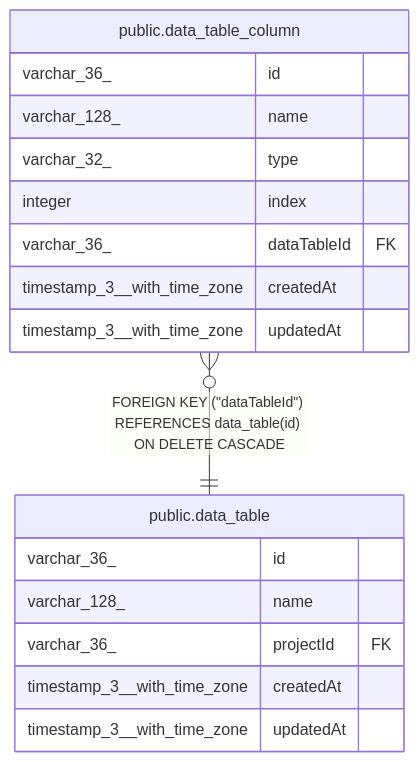
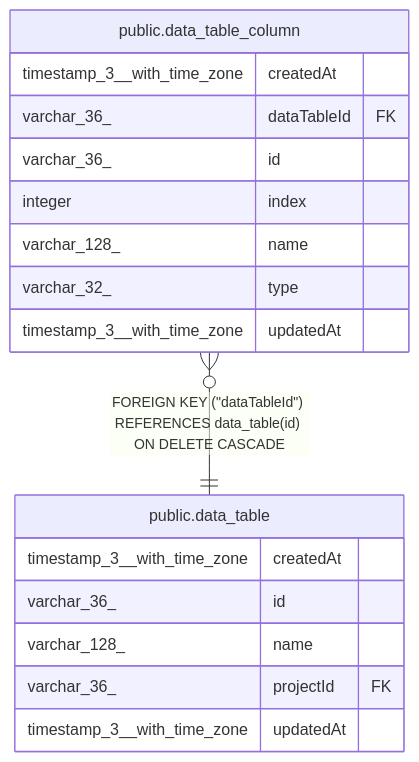
The diagram in docs/generated/postgres-schema/public.data_table_column.md (mayankjain1815-commits/n8n), drawn with Mermaid before and after one commit. The commit also changed other lines of this file and 221 other files, not shown here.

Commit message:
chore(core): Make DB schema docs generation deterministic (#32373)

````diff
--- a/docs/generated/postgres-schema/public.data_table_column.md
+++ b/docs/generated/postgres-schema/public.data_table_column.md
@@ -39,22 +39,22 @@
 ```mermaid
 erDiagram
 
 "public.data_table_column" }o--|| "public.data_table" : "FOREIGN KEY (#quot;dataTableId#quot;) REFERENCES data_table(id) ON DELETE CASCADE"
 
 "public.data_table_column" {
+  timestamp_3__with_time_zone createdAt
+  varchar_36_ dataTableId FK
   varchar_36_ id
+  integer index
   varchar_128_ name
   varchar_32_ type
-  integer index
-  varchar_36_ dataTableId FK
-  timestamp_3__with_time_zone createdAt
   timestamp_3__with_time_zone updatedAt
 }
 "public.data_table" {
+  timestamp_3__with_time_zone createdAt
   varchar_36_ id
   varchar_128_ name
   varchar_36_ projectId FK
-  timestamp_3__with_time_zone createdAt
   timestamp_3__with_time_zone updatedAt
 }
 ```
````
